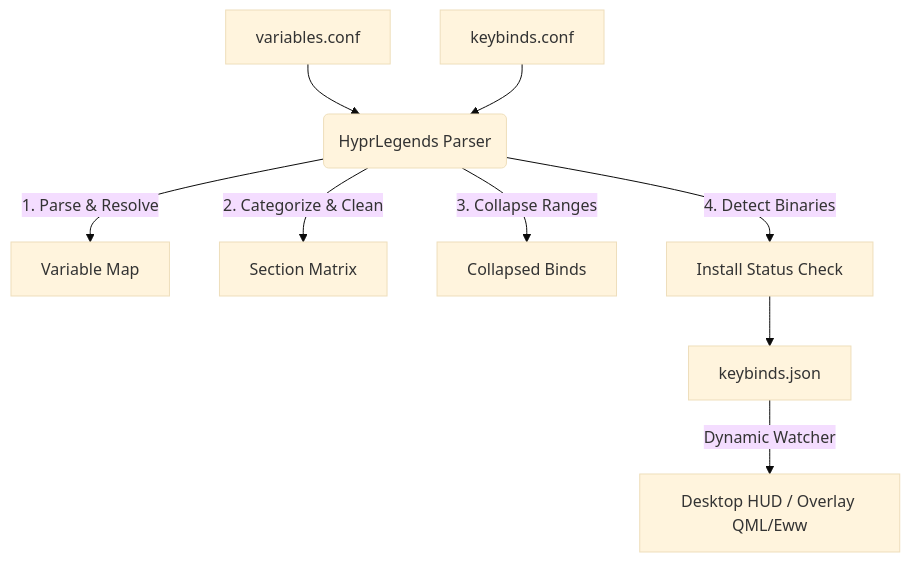
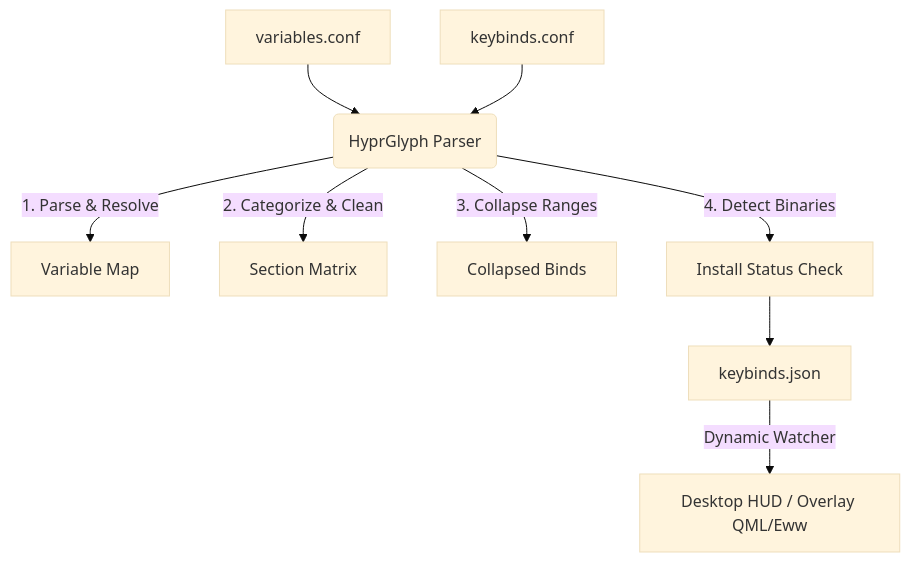
The diagram in README.md (Execorn/HyprGlyph), drawn with Mermaid (base theme) before and after one commit. The commit also changed other lines of this file, not shown here.

Commit message:
docs: rename project to HyprGlyph in README

````diff
--- a/README.md
+++ b/README.md
@@ -33,11 +33,11 @@
 ```mermaid
 graph TD
-    A[variables.conf] --> C(HyprLegends Parser)
+    A[variables.conf] --> C(HyprGlyph Parser)
     B[keybinds.conf] --> C
     C -->|1. Parse & Resolve| D[Variable Map]
     C -->|2. Categorize & Clean| E[Section Matrix]
     C -->|3. Collapse Ranges| F[Collapsed Binds]
     C -->|4. Detect Binaries| G[Install Status Check]
     G --> H[keybinds.json]
     H -->|Dynamic Watcher| I[Desktop HUD / Overlay QML/Eww]
 ```
````
